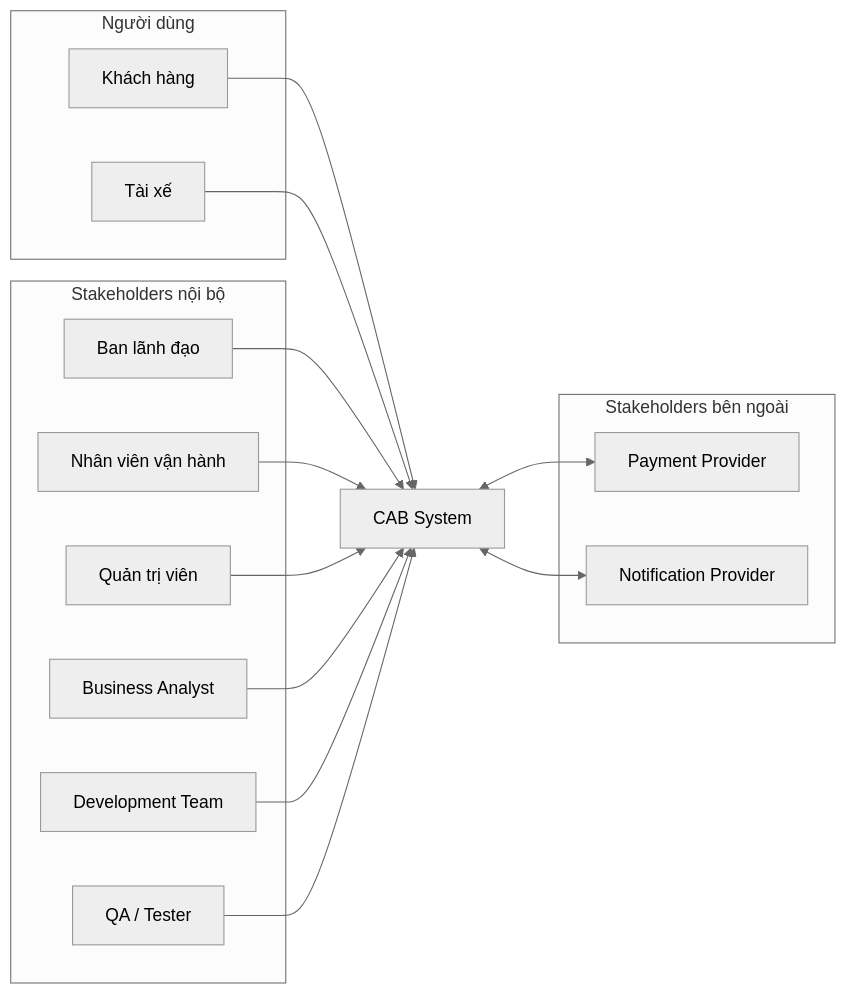
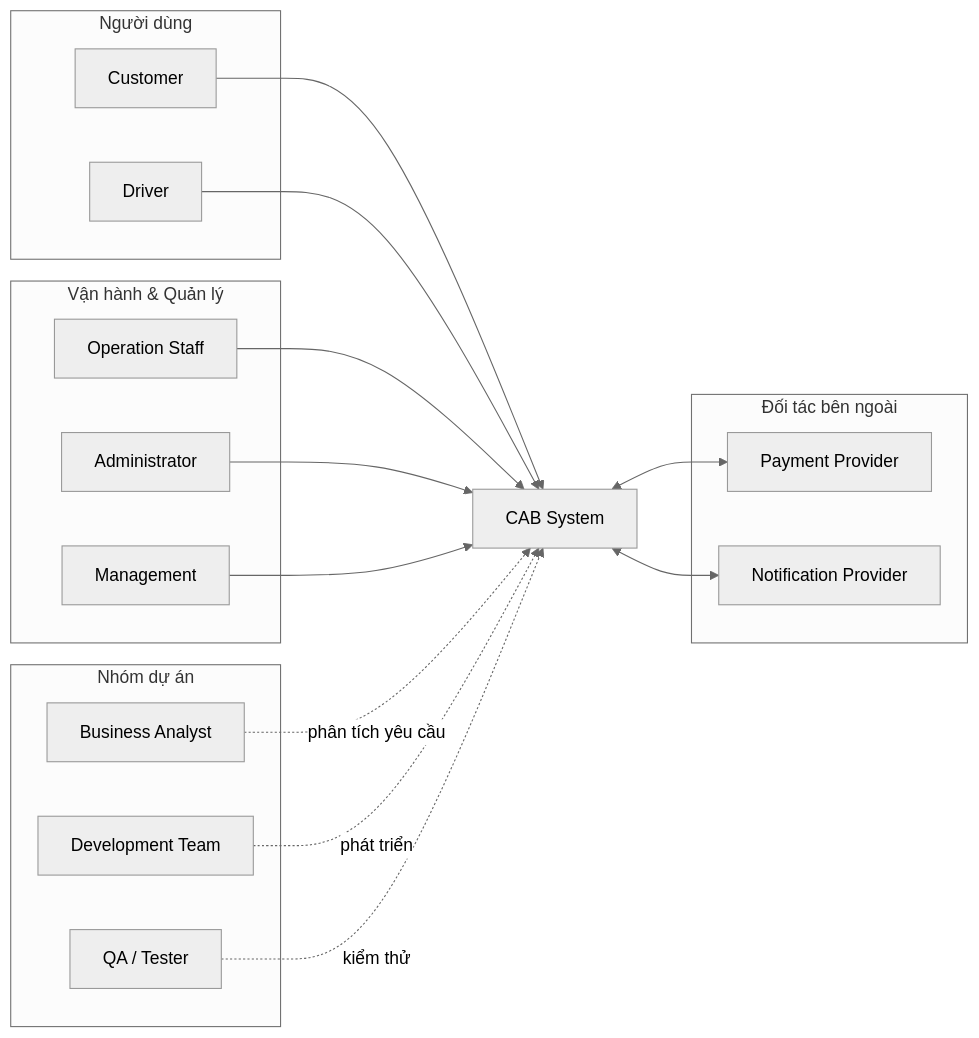
One commit to ntthuyvy0205-source/23662281_NguyenThiThuyVy_CABSYSTEM changed the first of 28 diagrams in SRS.md. Above: the diagram before and after it, drawn with Mermaid (neutral theme). The commit also changed other lines of this file, not shown here.

````diff
--- a/SRS.md
+++ b/SRS.md
@@ -55,36 +73,41 @@
 ```mermaid
 flowchart LR
 
     CAB["CAB System"]
 
-    subgraph Internal["Stakeholders nội bộ"]
-        Management["Ban lãnh đạo"]
-        Operation["Nhân viên vận hành"]
-        Admin["Quản trị viên"]
+    subgraph USERS["Người dùng"]
+        C["Customer"]
+        D["Driver"]
+    end
+
+    subgraph INTERNAL["Vận hành & Quản lý"]
+        OPS["Operation Staff"]
+        ADMIN["Administrator"]
+        MGT["Management"]
+    end
+
+    subgraph EXTERNAL["Đối tác bên ngoài"]
+        PAY["Payment Provider"]
+        NOTI["Notification Provider"]
+    end
+
+    subgraph PROJECT["Nhóm dự án"]
         BA["Business Analyst"]
-        Dev["Development Team"]
+        DEV["Development Team"]
         QA["QA / Tester"]
     end
 
-    subgraph Users["Người dùng"]
-        Customer["Khách hàng"]
-        Driver["Tài xế"]
-    end
+    C --> CAB
+    D --> CAB
 
-    subgraph External["Stakeholders bên ngoài"]
-        Payment["Payment Provider"]
-        Notification["Notification Provider"]
-    end
+    OPS --> CAB
+    ADMIN --> CAB
+    MGT --> CAB
 
-    Customer --> CAB
-    Driver --> CAB
-    Management --> CAB
-    Operation --> CAB
-    Admin --> CAB
-    BA --> CAB
-    Dev --> CAB
-    QA --> CAB
+    CAB <--> PAY
+    CAB <--> NOTI
 
-    CAB <--> Payment
-    CAB <--> Notification
+    BA -. phân tích yêu cầu .-> CAB
+    DEV -. phát triển .-> CAB
+    QA -. kiểm thử .-> CAB
 ```
````
